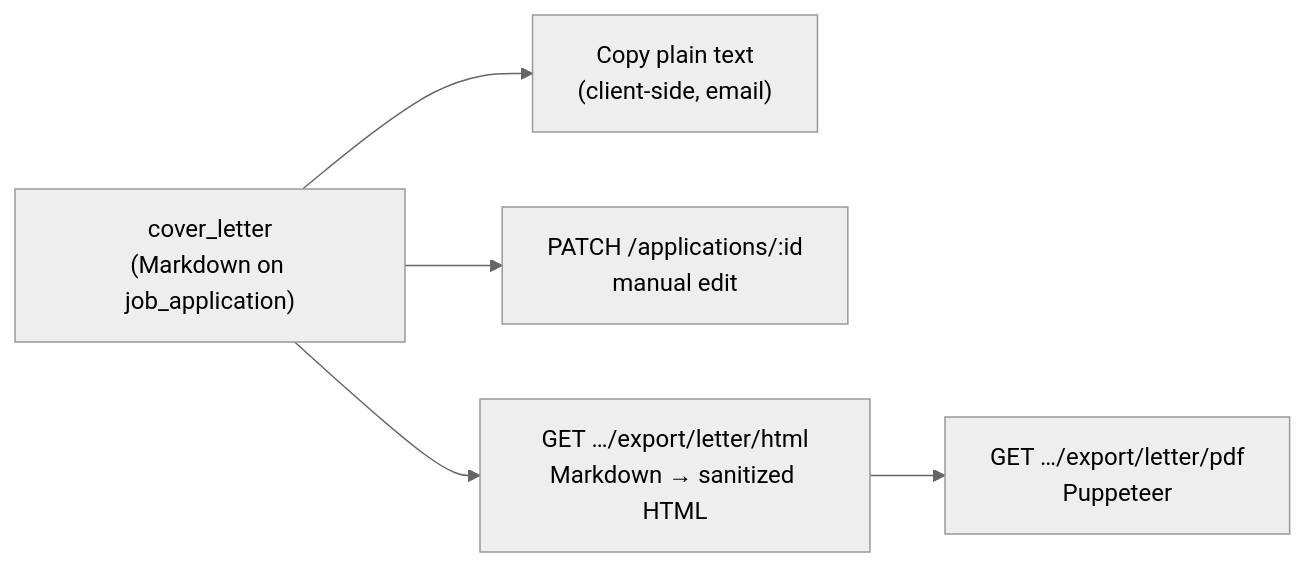
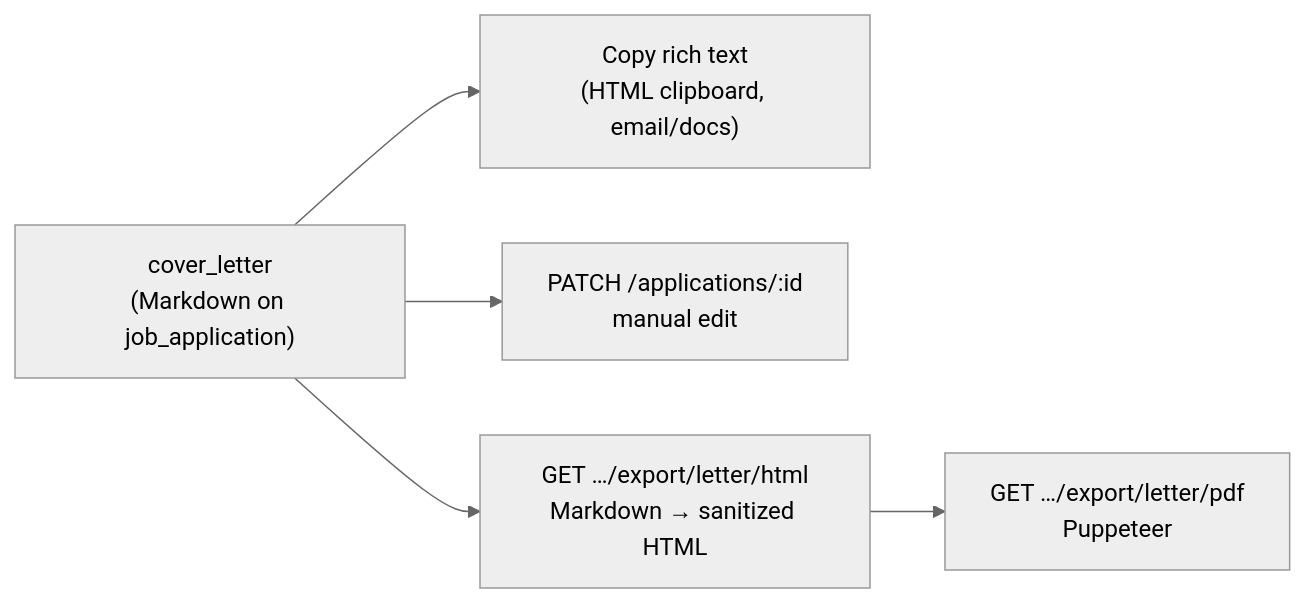
Before and after one commit to yortyrh/resubuild: the sixth of 6 diagrams in openspec/changes/prepare-job-application/design.md, drawn with Mermaid (neutral theme). The commit also changed other lines of this file and 8 other files, not shown here.

````diff
--- a/openspec/changes/prepare-job-application/design.md
+++ b/openspec/changes/prepare-job-application/design.md
@@ -178,8 +180,8 @@
 ```mermaid
 flowchart LR
   MD["cover_letter\n(Markdown on job_application)"]
-  MD --> Copy["Copy plain text\n(client-side, email)"]
+  MD --> Copy["Copy rich text\n(HTML clipboard, email/docs)"]
   MD --> Edit["PATCH /applications/:id\nmanual edit"]
   MD --> HTML["GET …/export/letter/html\nMarkdown → sanitized HTML"]
   HTML --> PDF["GET …/export/letter/pdf\nPuppeteer"]
 ```
````
